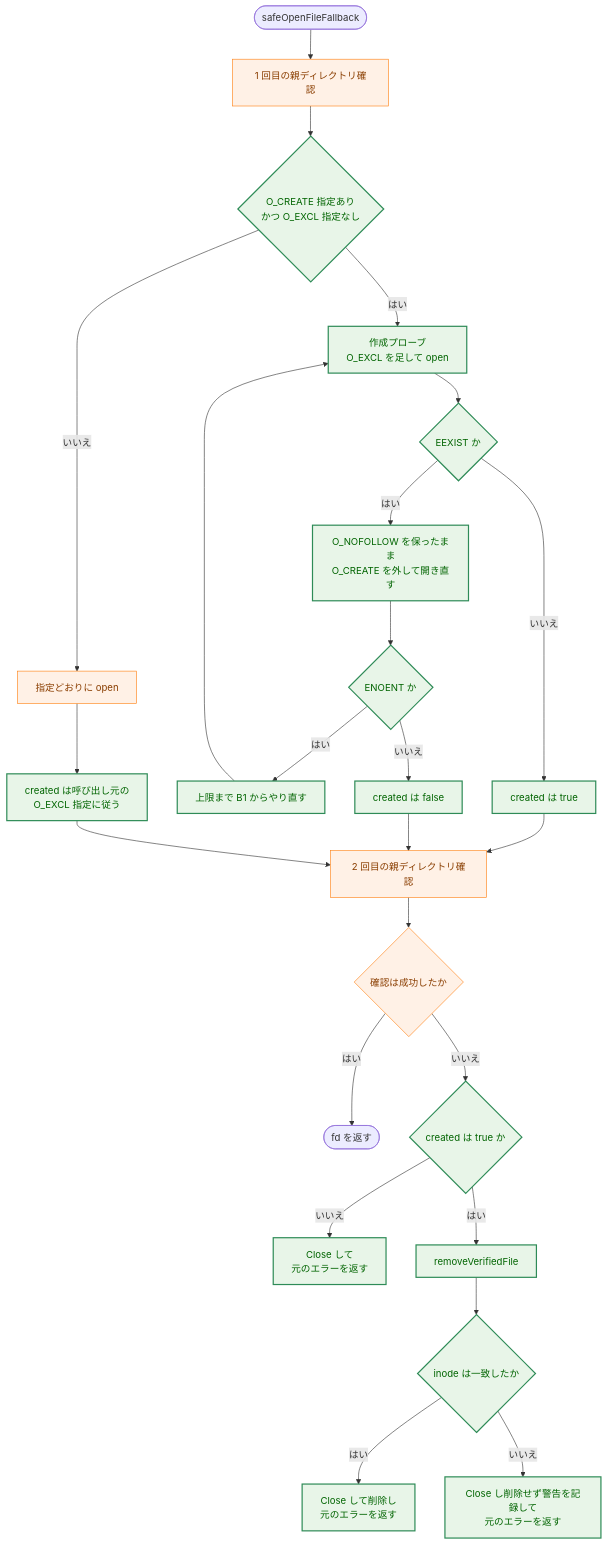
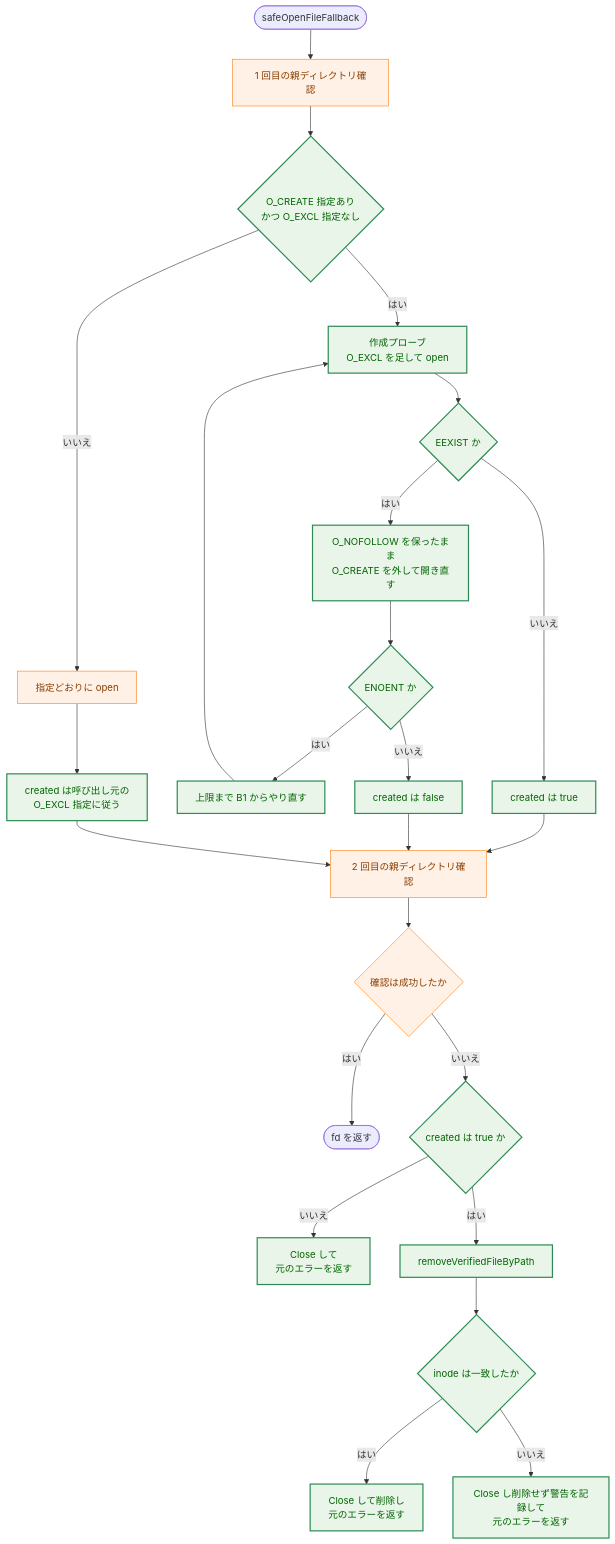
Before and after one commit to isseis/go-safe-cmd-runner: diagram 11 of 12 in docs/tasks/0167_safefileio_b1_remaining/02_architecture.md, drawn with Mermaid. The commit also changed other lines of this file and 1 other file, not shown here.

````diff
--- a/docs/tasks/0167_safefileio_b1_remaining/02_architecture.md
+++ b/docs/tasks/0167_safefileio_b1_remaining/02_architecture.md
@@ -695,32 +728,32 @@
 ```mermaid
 flowchart TD
     classDef process fill:#fff1e6,stroke:#ff7f0e,stroke-width:1px,color:#8a3e00;
     classDef enhanced fill:#e8f5e8,stroke:#2e8b57,stroke-width:2px,color:#006400;
 
     Start(["safeOpenFileFallback"]) --> A1["1 回目の親ディレクトリ確認"]
     A1 --> A2{"O_CREATE 指定あり<br>かつ O_EXCL 指定なし"}
     A2 -->|"はい"| B1["作成プローブ<br>O_EXCL を足して open"]
     A2 -->|"いいえ"| B2["指定どおりに open"]
     B1 --> B3{"EEXIST か"}
     B3 -->|"はい"| B4["O_NOFOLLOW を保ったまま<br>O_CREATE を外して開き直す"]
     B3 -->|"いいえ"| B5["created は true"]
     B4 --> B7{"ENOENT か"}
     B7 -->|"はい"| B8["上限まで B1 からやり直す"]
     B7 -->|"いいえ"| B9["created は false"]
     B8 --> B1
     B2 --> B6["created は呼び出し元の<br>O_EXCL 指定に従う"]
     B5 --> C1["2 回目の親ディレクトリ確認"]
     B9 --> C1
     B6 --> C1
     C1 --> C2{"確認は成功したか"}
     C2 -->|"はい"| OK(["fd を返す"])
     C2 -->|"いいえ"| D1{"created は true か"}
     D1 -->|"いいえ"| D2["Close して<br>元のエラーを返す"]
-    D1 -->|"はい"| D3["removeVerifiedFile"]
+    D1 -->|"はい"| D3["removeVerifiedFileByPath"]
     D3 --> D4{"inode は一致したか"}
     D4 -->|"はい"| D5["Close して削除し<br>元のエラーを返す"]
     D4 -->|"いいえ"| D6["Close し削除せず警告を記録して<br>元のエラーを返す"]
 
     class A1,B2,C1,C2 process
     class A2,B1,B3,B4,B5,B6,B7,B8,B9,D1,D2,D3,D4,D5,D6 enhanced
 ```
````
